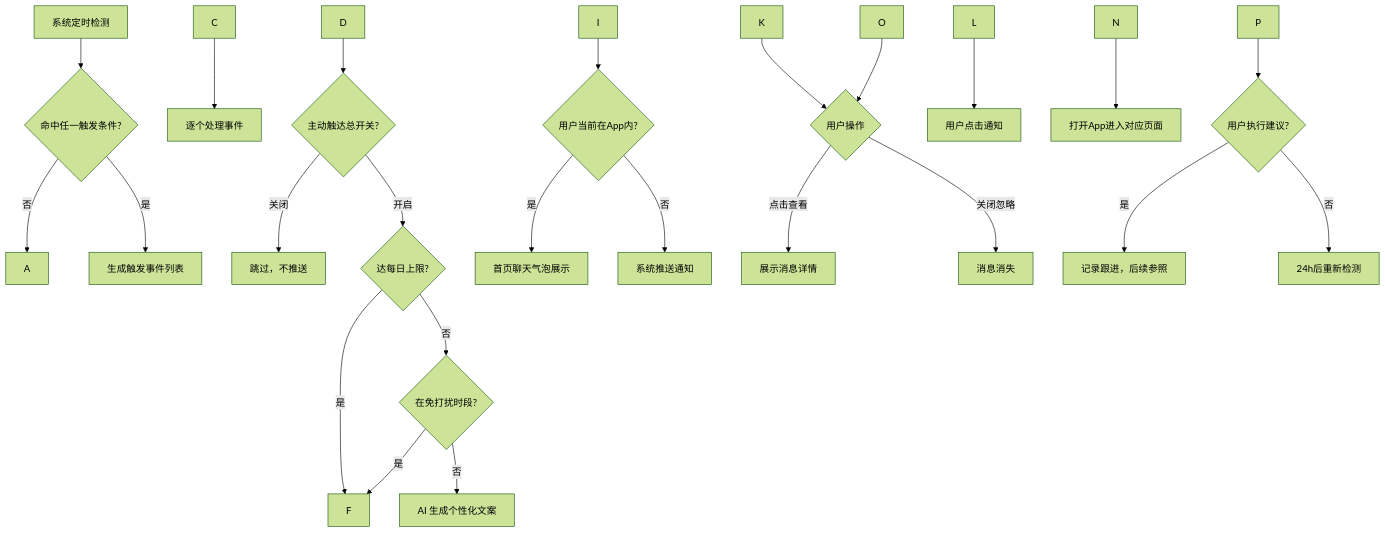
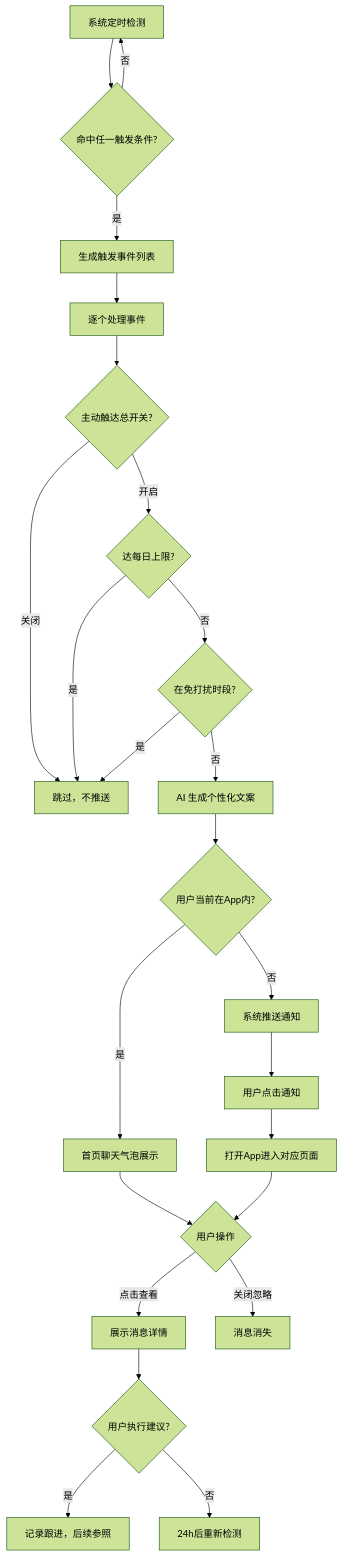
The fourth of 10 diagrams in docs/食光记-PRD-最终版.md (BB-BOO/shiguangji), drawn with Mermaid (forest theme) before and after one commit. The commit also changed other lines of this file and 3 other files, not shown here.

````diff
--- a/docs/食光记-PRD-最终版.md
+++ b/docs/食光记-PRD-最终版.md
@@ -246,26 +246,26 @@
 ```mermaid
 flowchart TD
-    A\[系统定时检测] --> B{命中任一触发条件?}
+    A[系统定时检测] --> B{命中任一触发条件?}
     B -->|否| A
-    B -->|是| C\[生成触发事件列表]
-    C --> D\[逐个处理事件]
+    B -->|是| C[生成触发事件列表]
+    C --> D[逐个处理事件]
     D --> E{主动触达总开关?}
-    E -->|关闭| F\[跳过，不推送]
+    E -->|关闭| F[跳过，不推送]
     E -->|开启| G{达每日上限?}
     G -->|是| F
     G -->|否| H{在免打扰时段?}
     H -->|是| F
-    H -->|否| I\[AI 生成个性化文案]
+    H -->|否| I[AI 生成个性化文案]
     I --> J{用户当前在App内?}
-    J -->|是| K\[首页聊天气泡展示]
-    J -->|否| L\[系统推送通知]
+    J -->|是| K[首页聊天气泡展示]
+    J -->|否| L[系统推送通知]
     K --> M{用户操作}
-    L --> N\[用户点击通知]
-    N --> O\[打开App进入对应页面]
+    L --> N[用户点击通知]
+    N --> O[打开App进入对应页面]
     O --> M
-    M -->|点击查看| P\[展示消息详情]
-    M -->|关闭忽略| Q\[消息消失]
+    M -->|点击查看| P[展示消息详情]
+    M -->|关闭忽略| Q[消息消失]
     P --> R{用户执行建议?}
-    R -->|是| S\[记录跟进，后续参照]
-    R -->|否| T\[24h后重新检测]
+    R -->|是| S[记录跟进，后续参照]
+    R -->|否| T[24h后重新检测]
 ```
````
